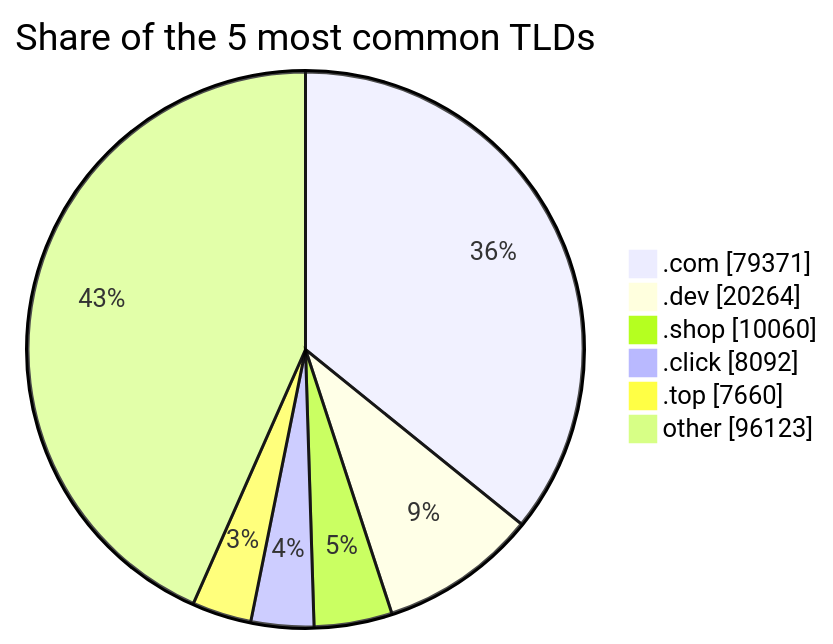
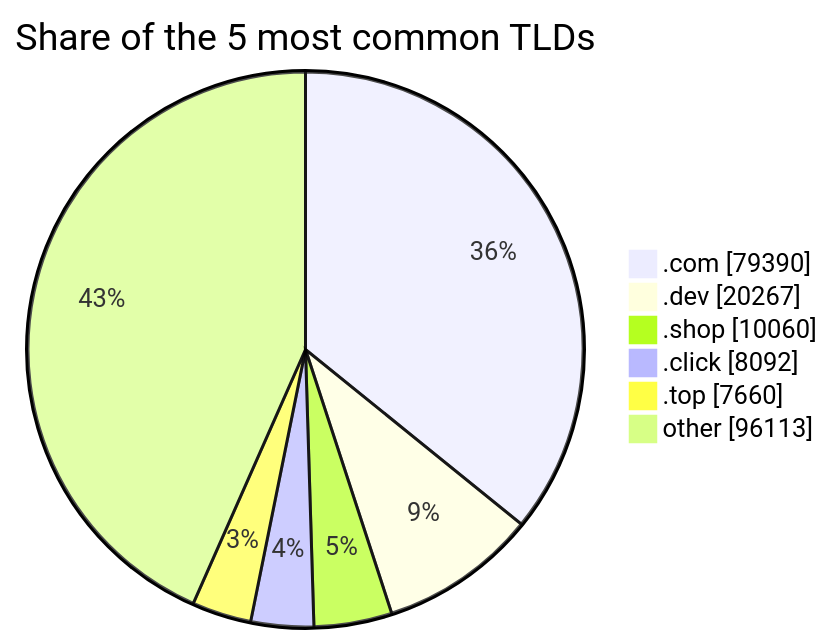
The third of 3 diagrams in README.md (DNSBunker/CTI), drawn with Mermaid before and after one commit. The commit also changed other lines of this file and 3 other files, not shown here.

````diff
--- a/README.md
+++ b/README.md
@@ -81,9 +81,9 @@
 ```mermaid
 pie showData title Share of the 5 most common TLDs
-    ".com" : 79371
-    ".dev" : 20264
+    ".com" : 79390
+    ".dev" : 20267
     ".shop" : 10060
     ".click" : 8092
     ".top" : 7660
-    "other" : 96123
+    "other" : 96113
 ```
````
